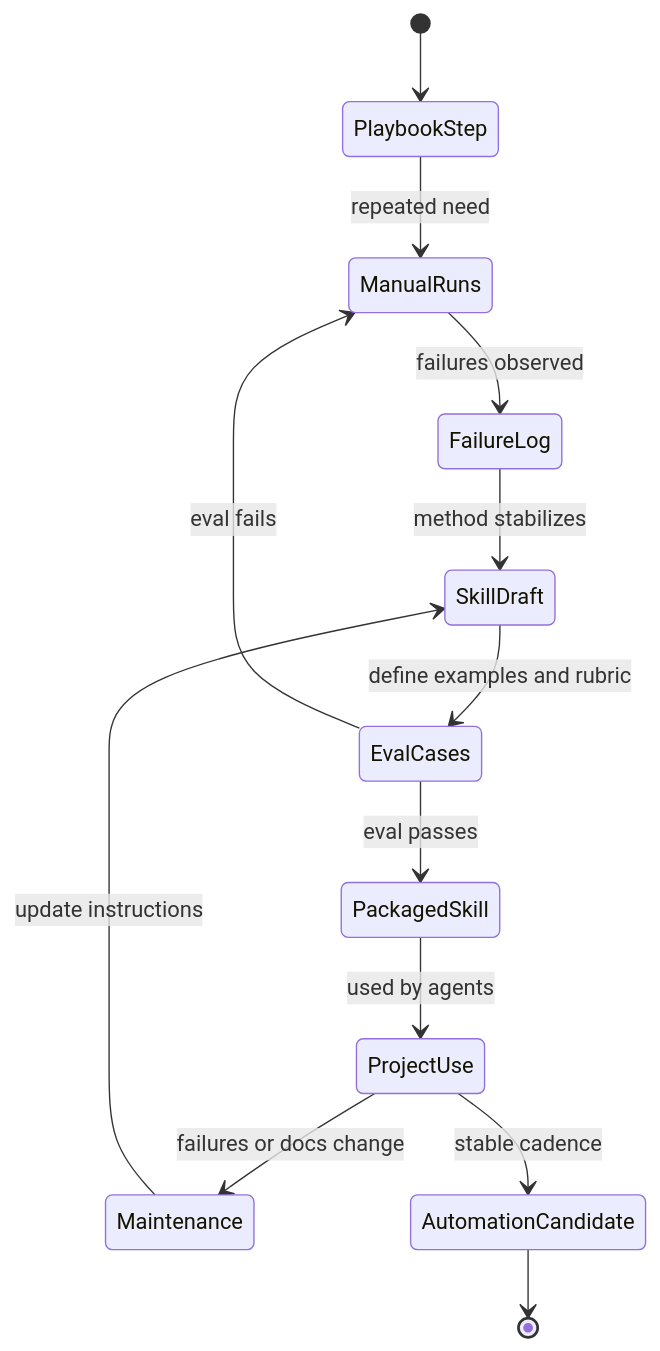
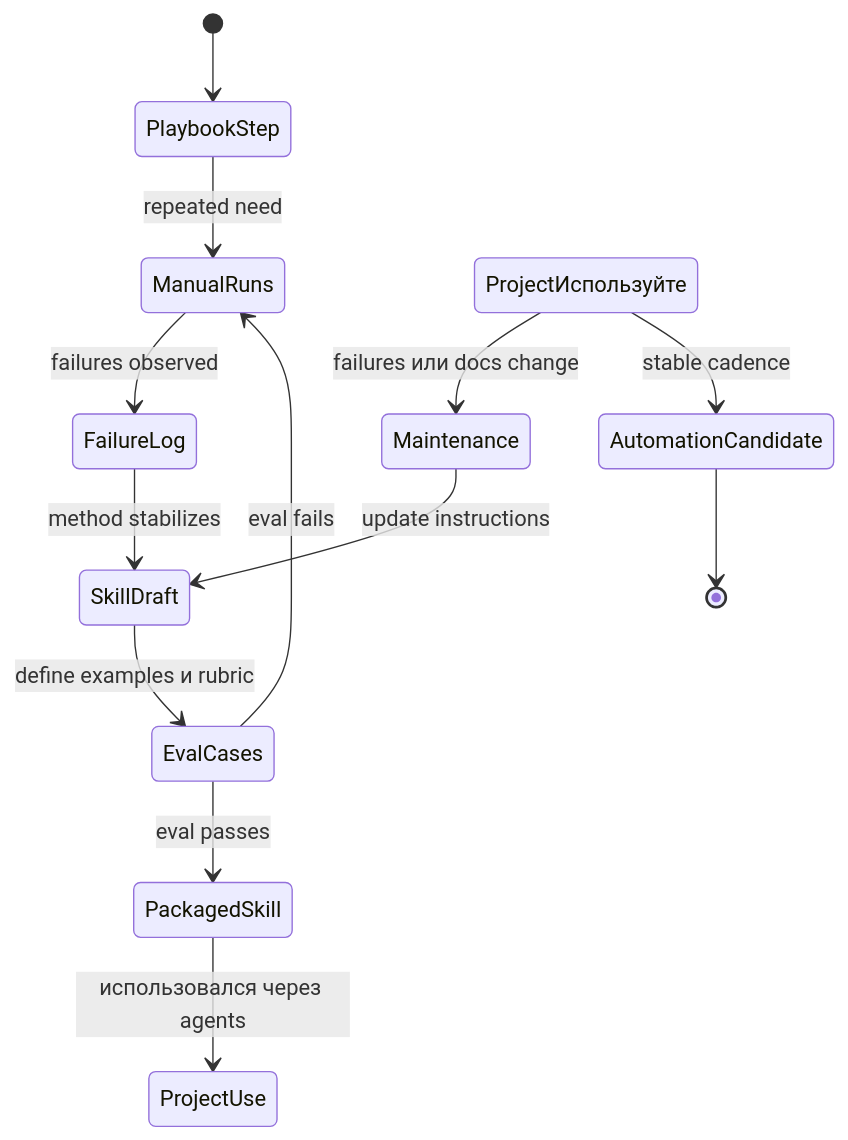
Before and after one commit to alexroadcaster/product-agent-os: the diagram in docs/diagrams/skill-lifecycle.md, drawn with Mermaid. The commit also changed other lines of this file and 447 other files, not shown here.

````diff
--- a/docs/diagrams/skill-lifecycle.md
+++ b/docs/diagrams/skill-lifecycle.md
@@ -9,15 +9,15 @@
 ```mermaid
 stateDiagram-v2
     [*] --> PlaybookStep
     PlaybookStep --> ManualRuns: repeated need
     ManualRuns --> FailureLog: failures observed
     FailureLog --> SkillDraft: method stabilizes
-    SkillDraft --> EvalCases: define examples and rubric
+    SkillDraft --> EvalCases: define examples и rubric
     EvalCases --> ManualRuns: eval fails
     EvalCases --> PackagedSkill: eval passes
-    PackagedSkill --> ProjectUse: used by agents
-    ProjectUse --> Maintenance: failures or docs change
+    PackagedSkill --> ProjectUse: использовался через agents
+    ProjectИспользуйте --> Maintenance: failures или docs change
     Maintenance --> SkillDraft: update instructions
-    ProjectUse --> AutomationCandidate: stable cadence
+    ProjectИспользуйте --> AutomationCandidate: stable cadence
     AutomationCandidate --> [*]
 ```
````
